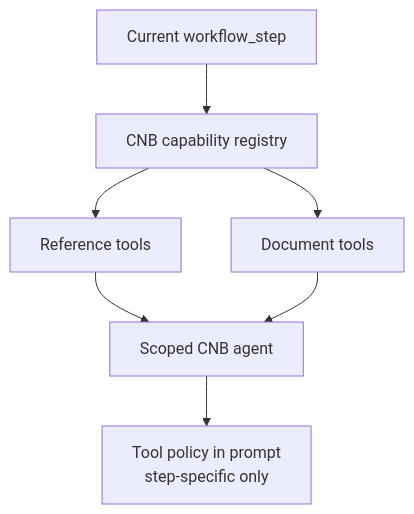
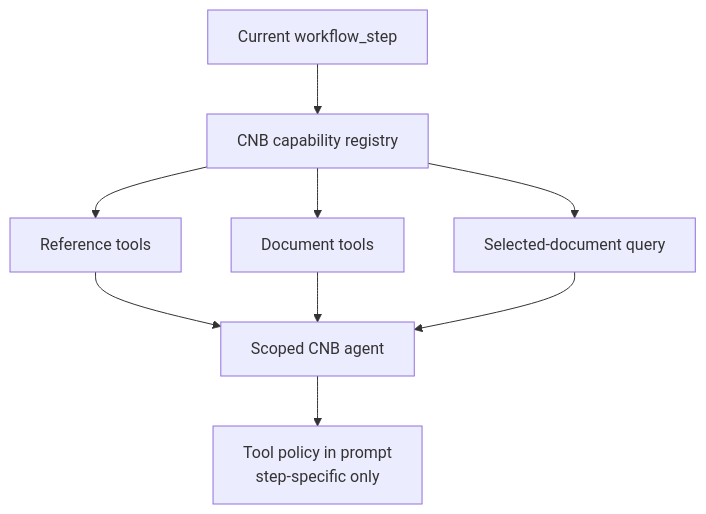
Before and after one commit to Open-Earth-Foundation/CityCatalyst: diagram 13 of 14 in docs/ConceptNoteBuilderArchitecture.md, drawn with Mermaid. The commit also changed other lines of this file and 39 other files, not shown here.

````diff
--- a/docs/ConceptNoteBuilderArchitecture.md
+++ b/docs/ConceptNoteBuilderArchitecture.md
@@ -2051,11 +2101,13 @@
 ```mermaid
 flowchart TB
     Step["Current workflow_step"] --> Registry["CNB capability registry"]
     Registry --> ReferenceTools["Reference tools"]
     Registry --> DocTools["Document tools"]
+    Registry --> SourceQuery["Selected-document query"]
 
     ReferenceTools --> Agent["Scoped CNB agent"]
     DocTools --> Agent
+    SourceQuery --> Agent
 
     Agent --> Rules["Tool policy in prompt<br/>step-specific only"]
 ```
````
